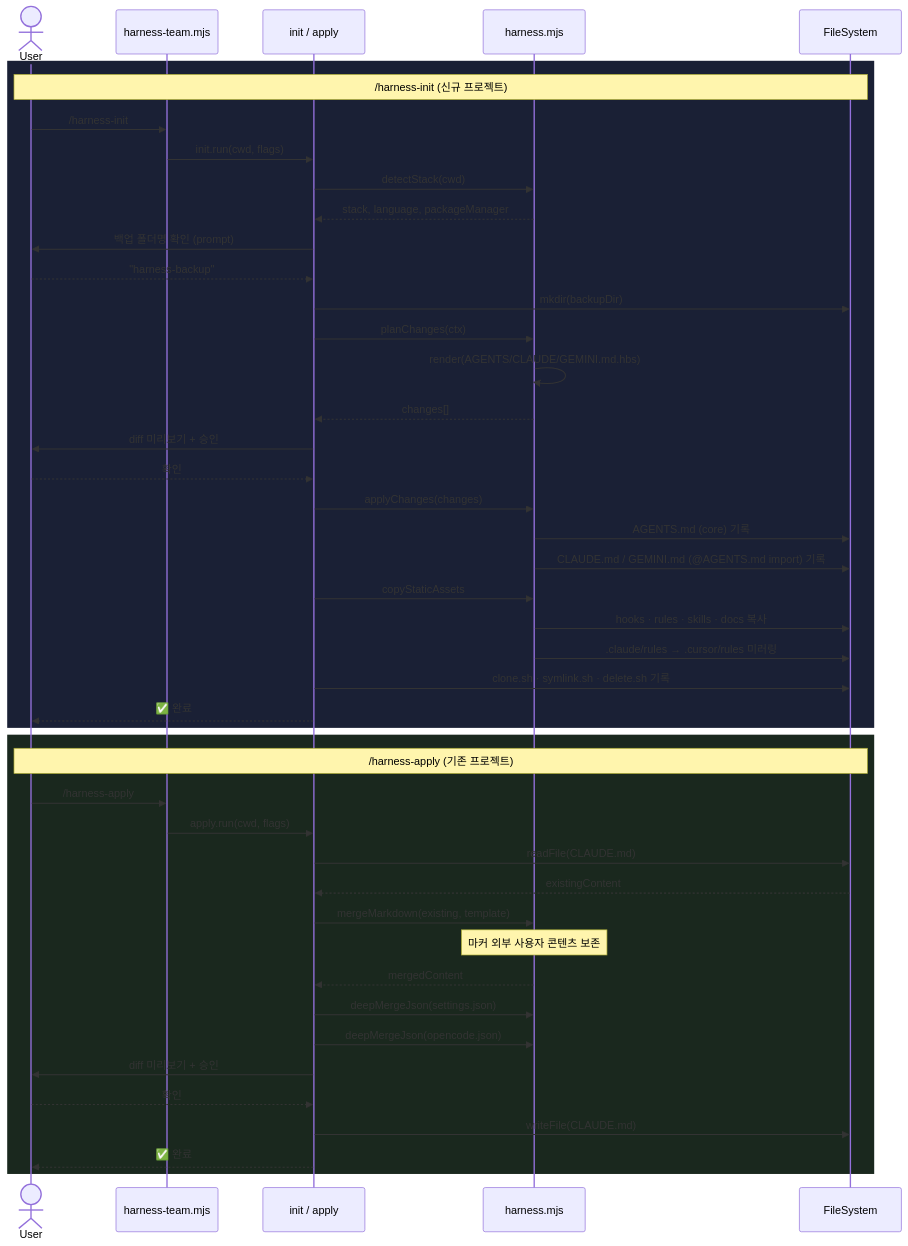
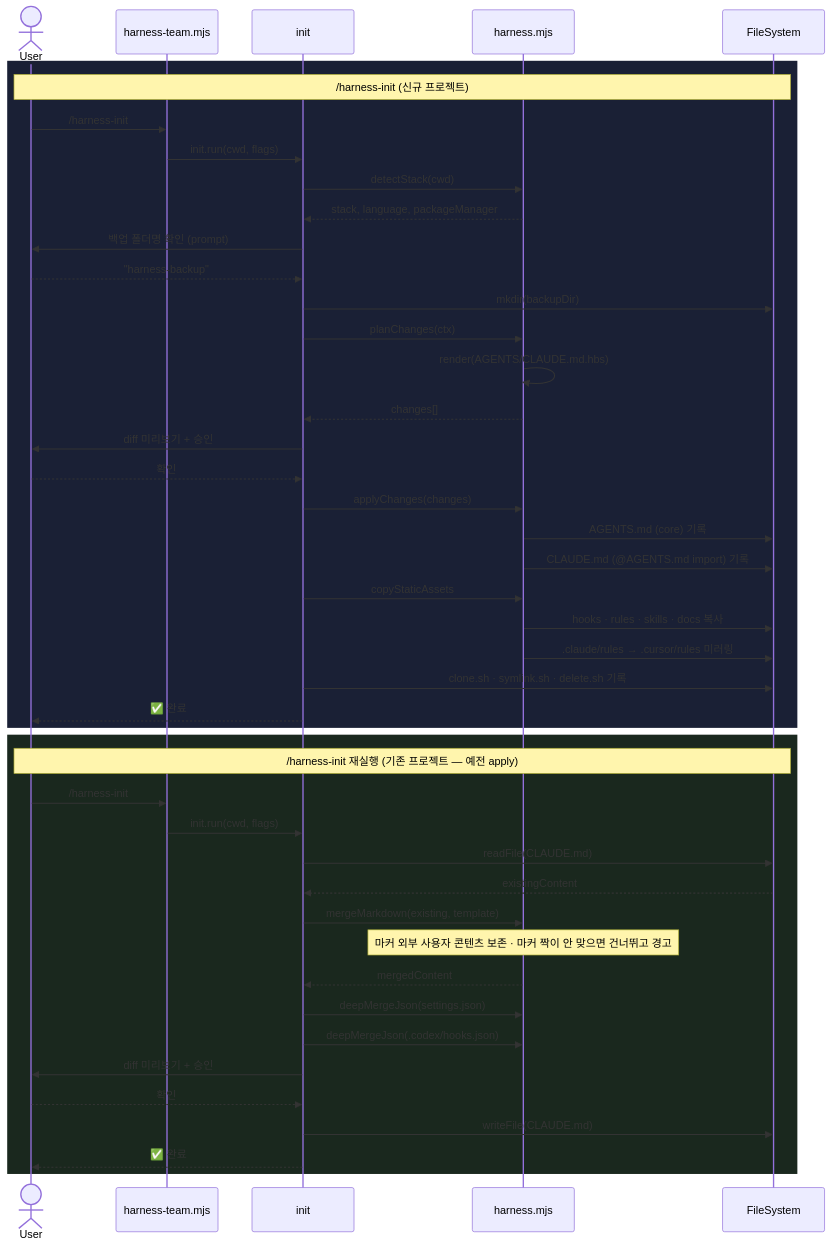
The diagram in docs/diagrams/harness-overview/workflow.mmd (bd-makers/team-harness), drawn with Mermaid before and after one commit. The commit also changed 121 other files, not shown here.

First line of the commit message:
feat!: apply 삭제·OpenCode/Gemini 멤버 제외(D7) + 2026-09-03 감사 발견 수정

```diff
--- a/docs/diagrams/harness-overview/workflow.mmd
+++ b/docs/diagrams/harness-overview/workflow.mmd
@@ -1,47 +1,47 @@
 sequenceDiagram
     actor User
     participant CLI as harness-team.mjs
-    participant Cmd as init / apply
+    participant Cmd as init
     participant H as harness.mjs
     participant FS as FileSystem
 
     rect rgb(26, 32, 53)
         Note over User,FS: /harness-init (신규 프로젝트)
         User->>CLI: /harness-init
         CLI->>Cmd: init.run(cwd, flags)
         Cmd->>H: detectStack(cwd)
         H-->>Cmd: stack, language, packageManager
         Cmd->>User: 백업 폴더명 확인 (prompt)
         User-->>Cmd: "harness-backup"
         Cmd->>FS: mkdir(backupDir)
         Cmd->>H: planChanges(ctx)
-        H->>H: render(AGENTS/CLAUDE/GEMINI.md.hbs)
+        H->>H: render(AGENTS/CLAUDE.md.hbs)
         H-->>Cmd: changes[]
         Cmd->>User: diff 미리보기 + 승인
         User-->>Cmd: 확인
         Cmd->>H: applyChanges(changes)
         H->>FS: AGENTS.md (core) 기록
-        H->>FS: CLAUDE.md / GEMINI.md (@AGENTS.md import) 기록
+        H->>FS: CLAUDE.md (@AGENTS.md import) 기록
         Cmd->>H: copyStaticAssets
         H->>FS: hooks · rules · skills · docs 복사
         H->>FS: .claude/rules → .cursor/rules 미러링
         Cmd->>FS: clone.sh · symlink.sh · delete.sh 기록
         Cmd-->>User: ✅ 완료
     end
 
     rect rgb(26, 40, 30)
-        Note over User,FS: /harness-apply (기존 프로젝트)
-        User->>CLI: /harness-apply
-        CLI->>Cmd: apply.run(cwd, flags)
+        Note over User,FS: /harness-init 재실행 (기존 프로젝트 — 예전 apply)
+        User->>CLI: /harness-init
+        CLI->>Cmd: init.run(cwd, flags)
         Cmd->>FS: readFile(CLAUDE.md)
         FS-->>Cmd: existingContent
         Cmd->>H: mergeMarkdown(existing, template)
-        Note over H: 마커 외부 사용자 콘텐츠 보존
+        Note over H: 마커 외부 사용자 콘텐츠 보존 · 마커 짝이 안 맞으면 건너뛰고 경고
         H-->>Cmd: mergedContent
         Cmd->>H: deepMergeJson(settings.json)
-        Cmd->>H: deepMergeJson(opencode.json)
+        Cmd->>H: deepMergeJson(.codex/hooks.json)
         Cmd->>User: diff 미리보기 + 승인
         User-->>Cmd: 확인
         Cmd->>FS: writeFile(CLAUDE.md)
         Cmd-->>User: ✅ 완료
     end
```
